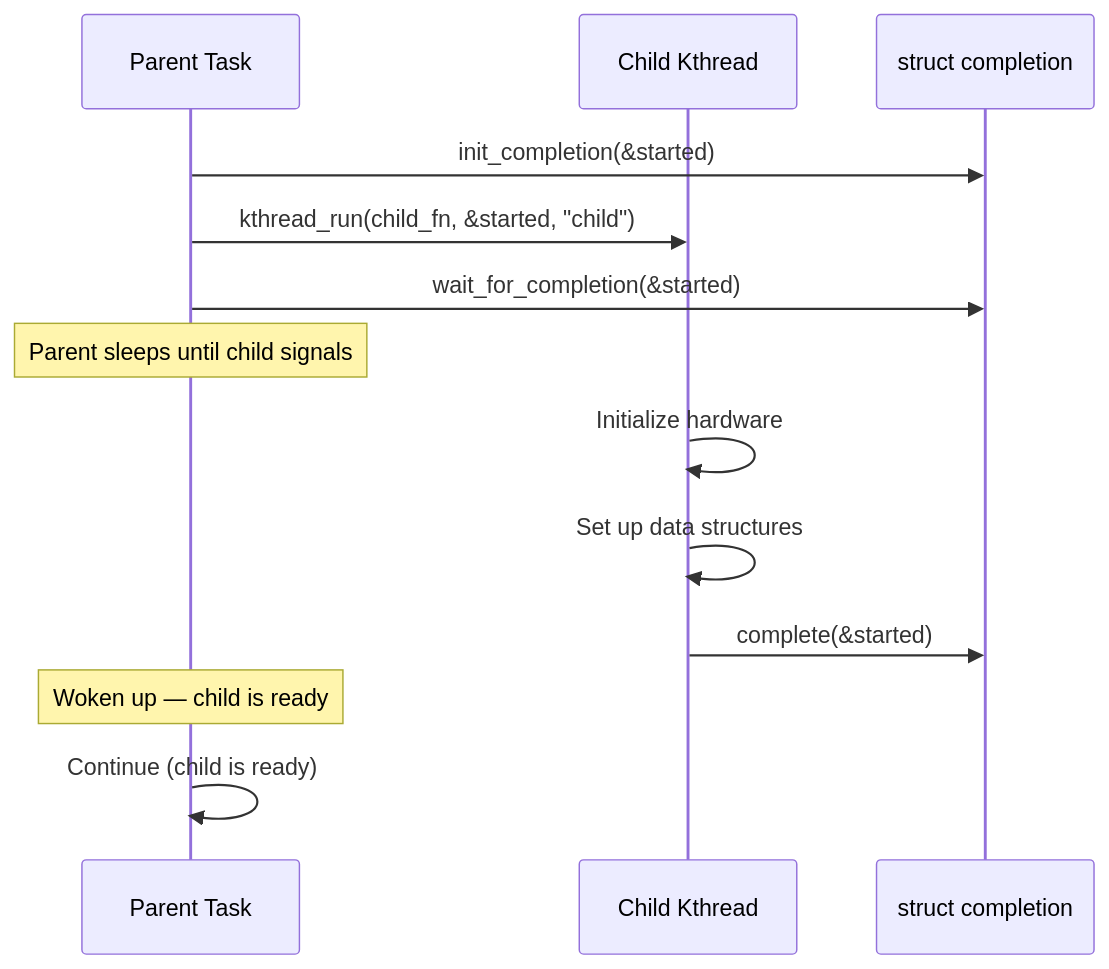
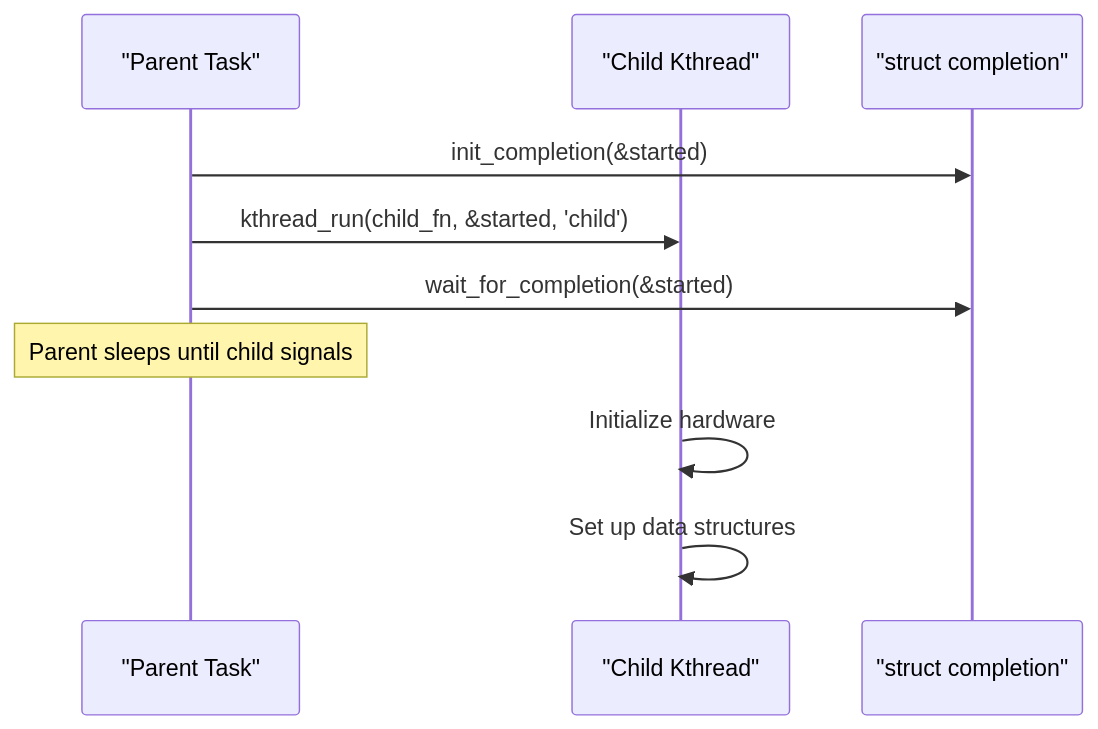
One commit to nilprajapati97/03_Kernel_Explore changed the diagram in 02_Understand_Linux_Kernel/09_Kernel_Synchronization_Methods/06_Completion_Variables.md. Above: the diagram before and after it, drawn with Mermaid. The commit also changed other lines of this file and 24 other files, not shown here.

````diff
--- a/02_Understand_Linux_Kernel/09_Kernel_Synchronization_Methods/06_Completion_Variables.md
+++ b/02_Understand_Linux_Kernel/09_Kernel_Synchronization_Methods/06_Completion_Variables.md
@@ -58,17 +58,13 @@
 ```mermaid
 sequenceDiagram
-    participant Parent as Parent Task
-    participant Child as Child Kthread
-    participant Comp as struct completion
+    participant Parent as "Parent Task"
+    participant Child as "Child Kthread"
+    participant Comp as "struct completion"
 
     Parent->>Comp: init_completion(&started)
-    Parent->>Child: kthread_run(child_fn, &started, "child")
+    Parent->>Child: kthread_run(child_fn, &started, 'child')
     Parent->>Comp: wait_for_completion(&started)
     Note over Parent: Parent sleeps until child signals
-    
     Child->>Child: Initialize hardware
     Child->>Child: Set up data structures
-    Child->>Comp: complete(&started)
-    Note over Parent: Woken up — child is ready
-    Parent->>Parent: Continue (child is ready)
 ```
````
